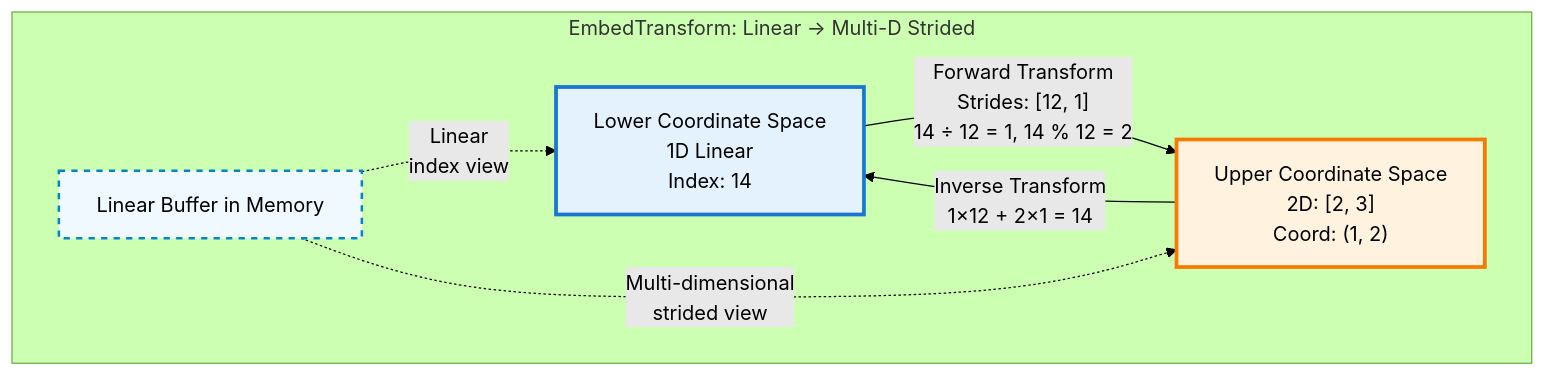
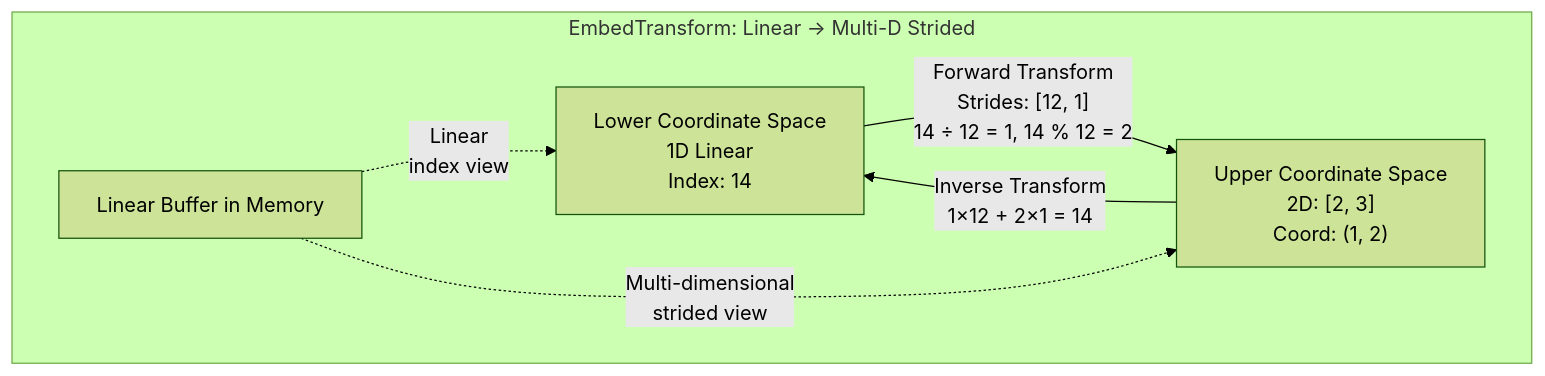
Before and after one commit to hdt98/rocm-libraries: the fifth of 12 diagrams in projects/composablekernel/docs/conceptual/ck_tile/transforms.rst, drawn with Mermaid (forest theme). The commit also changed other lines of this file and 21 other files, not shown here.

First line of the commit message:
[ck] Updated CK Tile documentation to use mermaid diagrams (#7955)

```diff
--- a/projects/composablekernel/docs/conceptual/ck_tile/transforms.rst
+++ b/projects/composablekernel/docs/conceptual/ck_tile/transforms.rst
@@ -270,19 +209,15 @@
-      .. mermaid::
-      
-         graph TB
-             subgraph "EmbedTransform: Linear → Multi-D Strided"
-                 LS["Lower Coordinate Space<br/>1D Linear<br/>Index: 14"]
-                 US["Upper Coordinate Space<br/>2D: [2, 3]<br/>Coord: (1, 2)"]
-                 
-                 DATA["Linear Buffer in Memory"]
-             end
-             
-             LS -->|"Forward Transform <br/>Strides: [12, 1] <br/>14 ÷ 12 = 1, 14 % 12 = 2"| US
-             US -->|"Inverse Transform<br/>1×12 + 2×1 = 14"| LS
-             
-             DATA -.->|"Linear<br/>index view"| LS
-             DATA -.->|"Multi-dimensional<br/>strided view"| US
-             
-             style LS fill:#e3f2fd,stroke:#1976d2,stroke-width:3px
-             style US fill:#fff3e0,stroke:#f57c00,stroke-width:3px
-             style DATA fill:#f0f9ff,stroke:#0284c7,stroke-width:2px,stroke-dasharray: 5 5
+.. mermaid::
+
+   graph TB
+       subgraph "EmbedTransform: Linear → Multi-D Strided"
+           LS["Lower Coordinate Space<br/>1D Linear<br/>Index: 14"]
+           US["Upper Coordinate Space<br/>2D: [2, 3]<br/>Coord: (1, 2)"]
+
+           DATA["Linear Buffer in Memory"]
+       end
+
+       LS -->|"Forward Transform <br/>Strides: [12, 1] <br/>14 ÷ 12 = 1, 14 % 12 = 2"| US
+       US -->|"Inverse Transform<br/>1×12 + 2×1 = 14"| LS
+
+       DATA -.->|"Linear<br/>index view"| LS
+       DATA -.->|"Multi-dimensional<br/>strided view"| US
```
